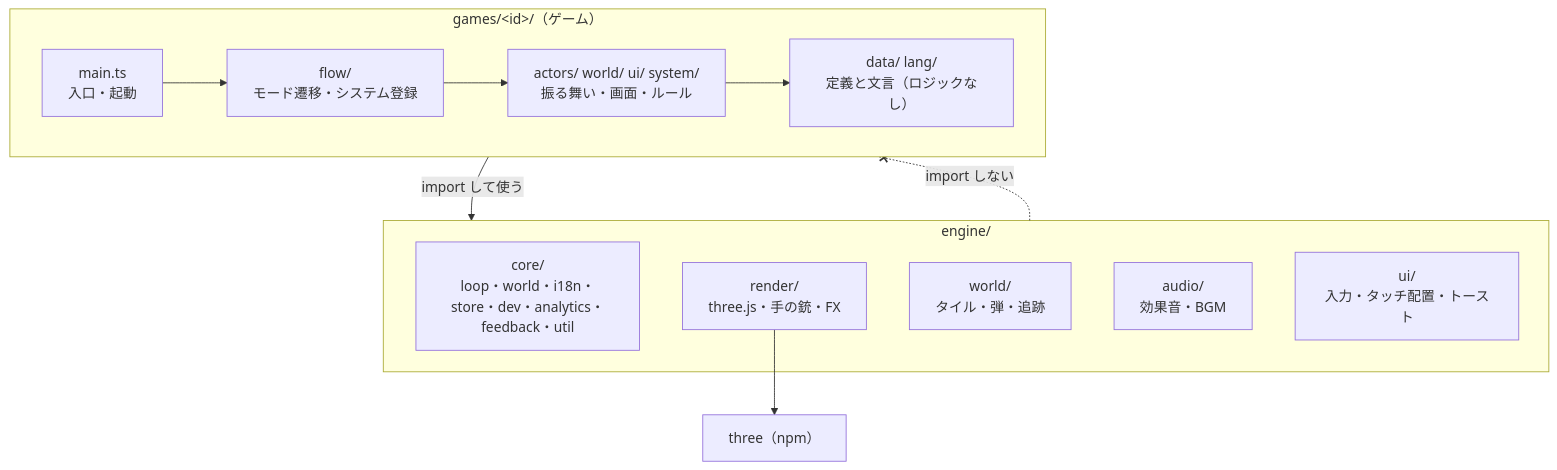
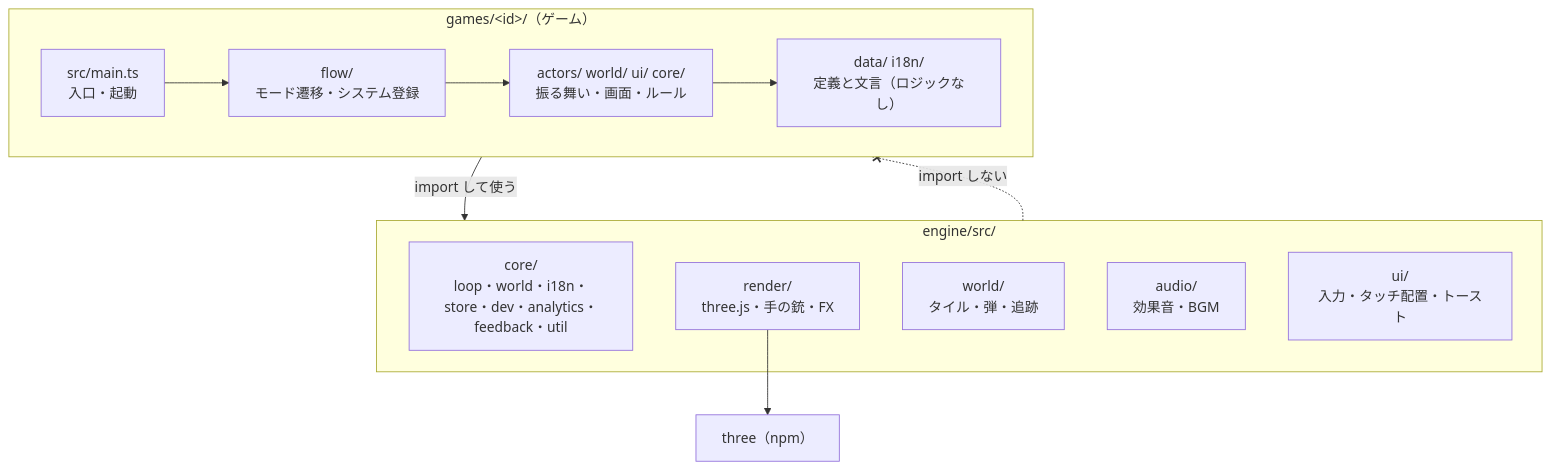
The first of 5 diagrams in engine/ARCHITECTURE.md (beatdjam/mini-games), drawn with Mermaid before and after one commit. The commit also changed other lines of this file and 116 other files, not shown here.

````diff
--- a/engine/ARCHITECTURE.md
+++ b/engine/ARCHITECTURE.md
@@ -28,22 +28,22 @@
 ```mermaid
 flowchart TB
   subgraph GAME["games/&lt;id&gt;/（ゲーム）"]
-    MAIN["main.ts<br/>入口・起動"]
+    MAIN["src/main.ts<br/>入口・起動"]
     FLOW["flow/<br/>モード遷移・システム登録"]
-    ACT["actors/ world/ ui/ system/<br/>振る舞い・画面・ルール"]
-    DATA["data/ lang/<br/>定義と文言（ロジックなし）"]
+    ACT["actors/ world/ ui/ core/<br/>振る舞い・画面・ルール"]
+    DATA["data/ i18n/<br/>定義と文言（ロジックなし）"]
   end
-  subgraph ENGINE["engine/"]
+  subgraph ENGINE["engine/src/"]
     CORE["core/<br/>loop・world・i18n・store・dev・analytics・feedback・util"]
     REND["render/<br/>three.js・手の銃・FX"]
     WORLD["world/<br/>タイル・弾・追跡"]
     AUD["audio/<br/>効果音・BGM"]
     UI["ui/<br/>入力・タッチ配置・トースト"]
   end
   THREE["three（npm）"]
 
   MAIN --> FLOW --> ACT --> DATA
   GAME -- "import して使う" --> ENGINE
   ENGINE -. "import しない" .-x GAME
   REND --> THREE
 ```
````
